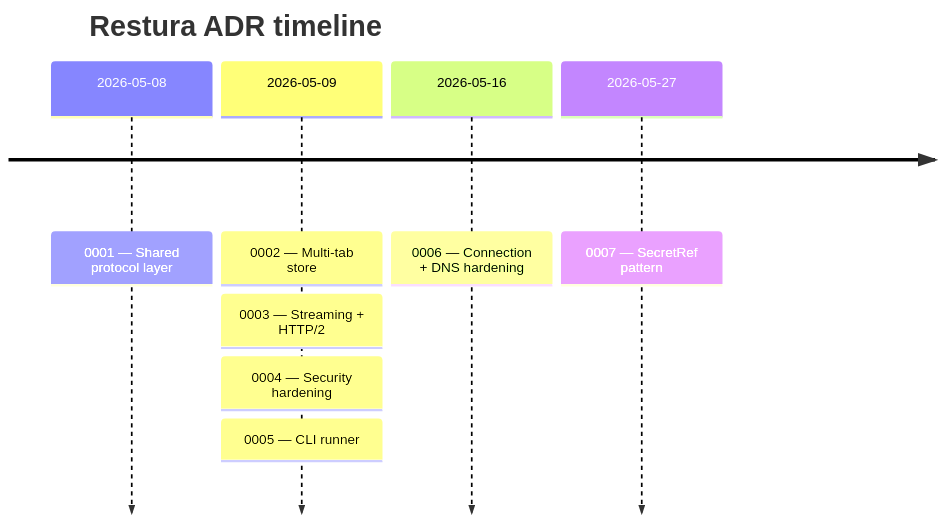
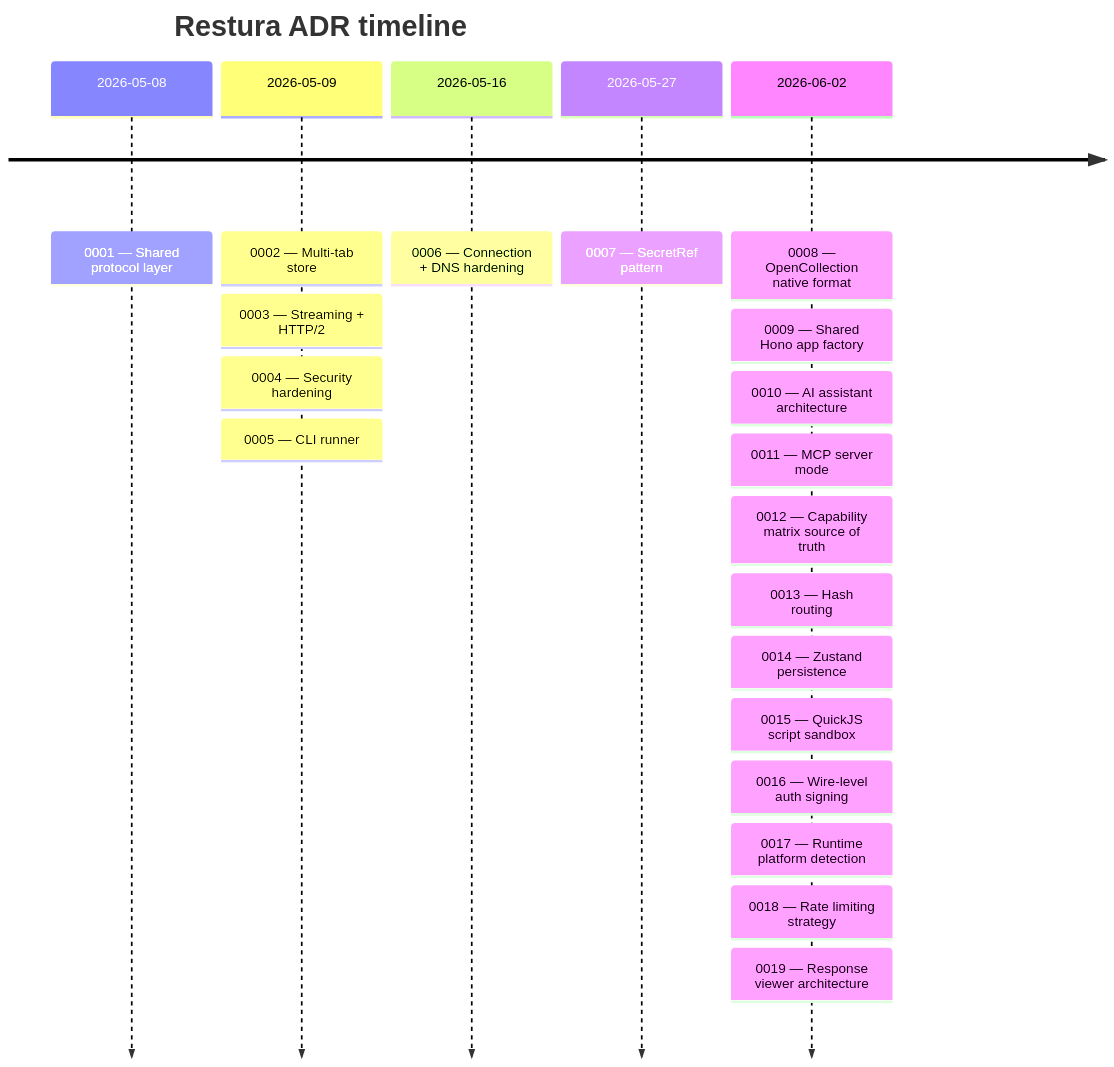
The diagram in docs-site/src/content/docs/architecture/adrs.mdx (dipjyotimetia/restura), drawn with Mermaid before and after one commit. The commit also changed other lines of this file and 34 other files, not shown here.

````diff
--- a/docs-site/src/content/docs/architecture/adrs.mdx
+++ b/docs-site/src/content/docs/architecture/adrs.mdx
@@ -10,11 +10,23 @@
 ```mermaid
 timeline
   title Restura ADR timeline
   2026-05-08 : 0001 — Shared protocol layer
   2026-05-09 : 0002 — Multi-tab store
              : 0003 — Streaming + HTTP/2
              : 0004 — Security hardening
              : 0005 — CLI runner
   2026-05-16 : 0006 — Connection + DNS hardening
   2026-05-27 : 0007 — SecretRef pattern
+  2026-06-02 : 0008 — OpenCollection native format
+             : 0009 — Shared Hono app factory
+             : 0010 — AI assistant architecture
+             : 0011 — MCP server mode
+             : 0012 — Capability matrix source of truth
+             : 0013 — Hash routing
+             : 0014 — Zustand persistence
+             : 0015 — QuickJS script sandbox
+             : 0016 — Wire-level auth signing
+             : 0017 — Runtime platform detection
+             : 0018 — Rate limiting strategy
+             : 0019 — Response viewer architecture
 ```
````
